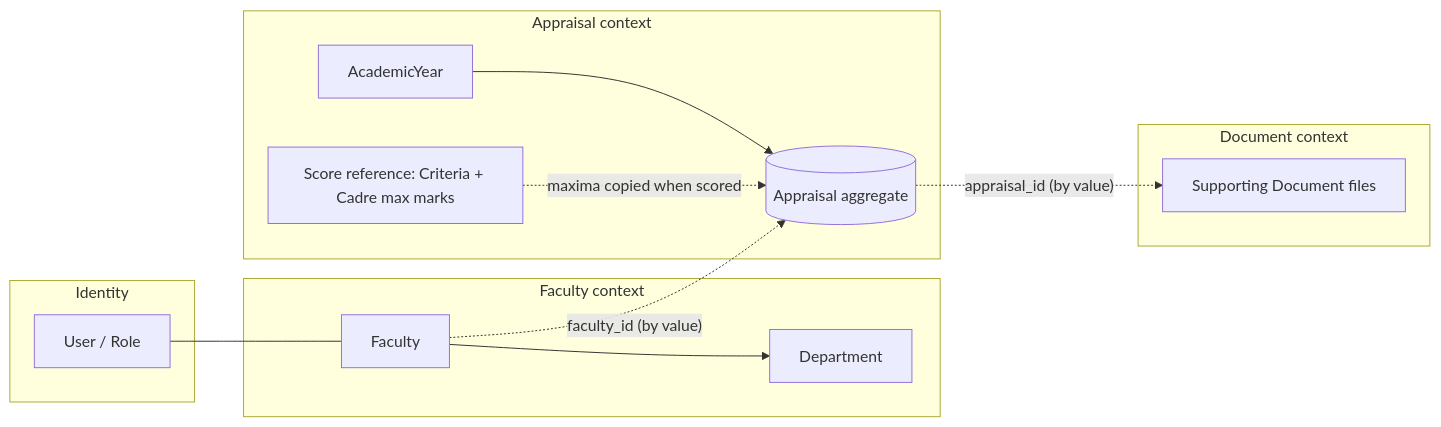
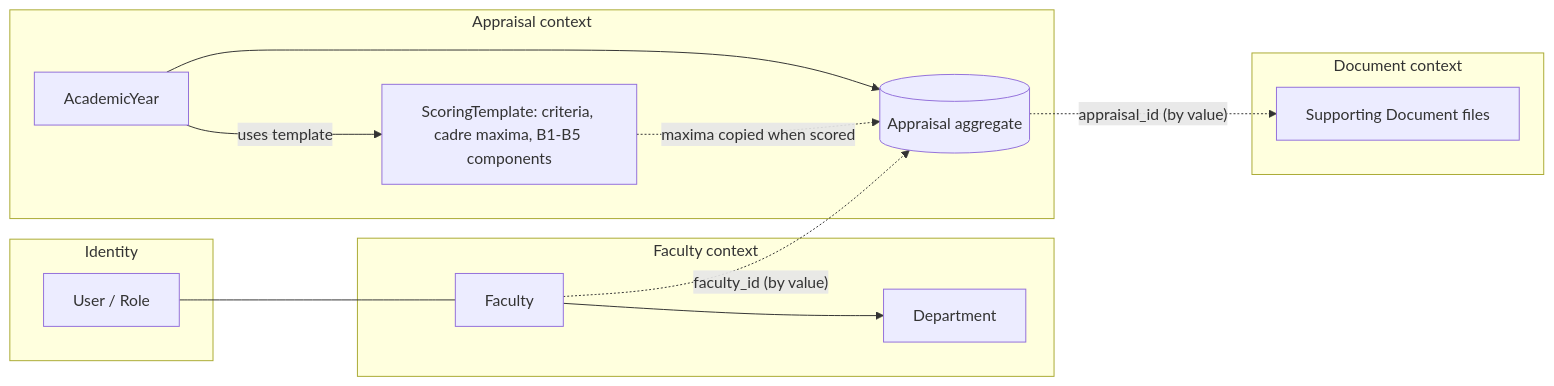
Before and after one commit to maruthi-sreeram-p/FACULTY-SELF-APPRAISAL-ASSESSMENT-SYSTEM: the first of 4 diagrams in docs/backend/domain-model.md, drawn with Mermaid. The commit also changed other lines of this file and 10 other files, not shown here.

````diff
--- a/docs/backend/domain-model.md
+++ b/docs/backend/domain-model.md
@@ -18,24 +19,25 @@
 ```mermaid
 flowchart LR
   subgraph Identity
     U[User / Role]
   end
   subgraph FacultyCtx[Faculty context]
     F[Faculty]
     D[Department]
   end
   subgraph AppraisalCtx[Appraisal context]
     AY[AcademicYear]
     A[(Appraisal aggregate)]
-    SC[Score reference: Criteria + Cadre max marks]
+    SC[ScoringTemplate: criteria, cadre maxima, B1-B5 components]
   end
   subgraph DocCtx[Document context]
     SD[Supporting Document files]
   end
   U --- F
   F --> D
   F -. "faculty_id (by value)" .-> A
   AY --> A
+  AY -- "uses template" --> SC
   SC -. "maxima copied when scored" .-> A
   A -. "appraisal_id (by value)" .-> SD
 ```
````
